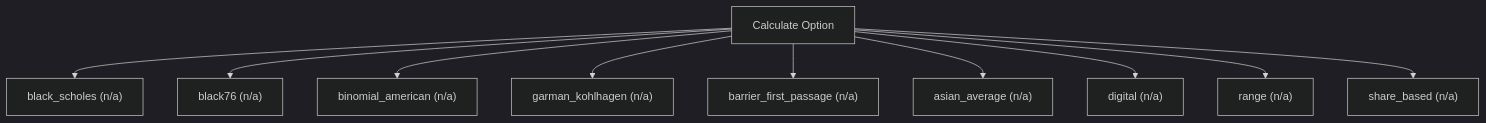
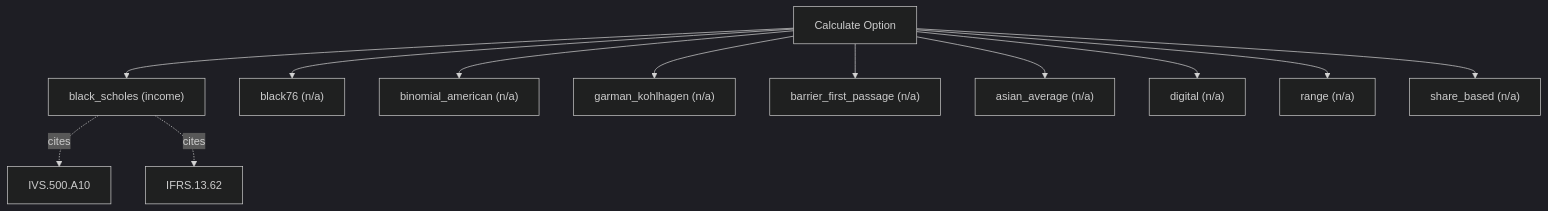
Before and after one commit to simonmak-ascent/fair-value: the diagram in docs/methods/calculate_option.md, drawn with Mermaid (dark theme). The commit also changed other lines of this file and 7 other files, not shown here.

````diff
--- a/docs/methods/calculate_option.md
+++ b/docs/methods/calculate_option.md
@@ -5,13 +5,15 @@
 ```mermaid
 flowchart TD
   T[Calculate Option]
-  T --> calculate_option_black_scholes["black_scholes (n/a)"]
+  T --> calculate_option_black_scholes["black_scholes (income)"]
+  calculate_option_black_scholes -. cites .-> IVS_500_A10[IVS.500.A10]
+  calculate_option_black_scholes -. cites .-> IFRS_13_62[IFRS.13.62]
   T --> calculate_option_black76["black76 (n/a)"]
   T --> calculate_option_binomial_american["binomial_american (n/a)"]
   T --> calculate_option_garman_kohlhagen["garman_kohlhagen (n/a)"]
   T --> calculate_option_barrier_first_passage["barrier_first_passage (n/a)"]
   T --> calculate_option_asian_average["asian_average (n/a)"]
   T --> calculate_option_digital["digital (n/a)"]
   T --> calculate_option_range["range (n/a)"]
   T --> calculate_option_share_based["share_based (n/a)"]
 ```
````
